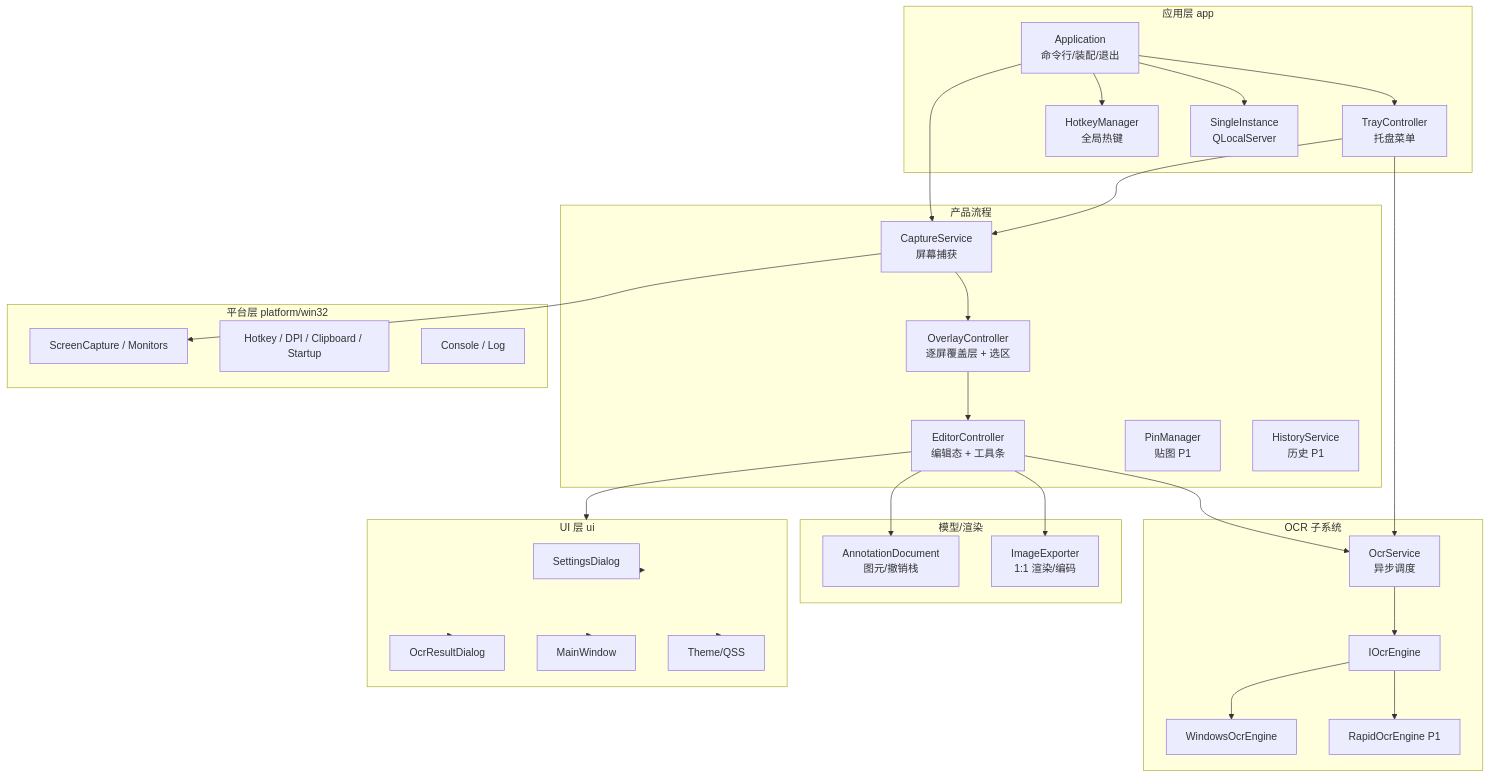
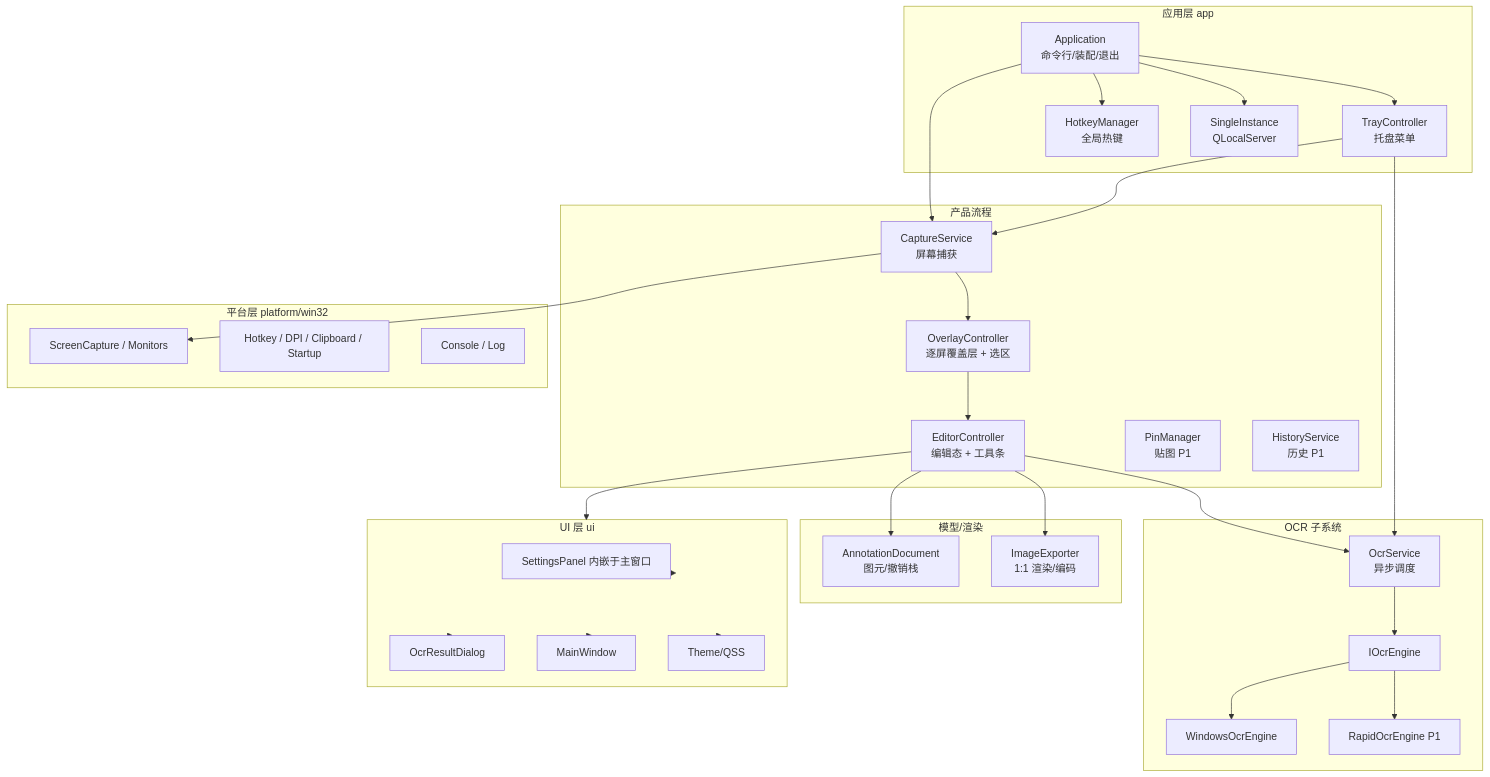
Before and after one commit to poluce/SnapOCR: the first of 2 diagrams in docs/02-设计文档.md, drawn with Mermaid. The commit also changed other lines of this file and 14 other files, not shown here.

````diff
--- a/docs/02-设计文档.md
+++ b/docs/02-设计文档.md
@@ -43,51 +43,51 @@
 ```mermaid
 graph TB
     subgraph App[应用层 app]
         A[Application<br/>命令行/装配/退出]
         T[TrayController<br/>托盘菜单]
         H[HotkeyManager<br/>全局热键]
         SI[SingleInstance<br/>QLocalServer]
     end
     subgraph Product[产品流程]
         C[CaptureService<br/>屏幕捕获]
         O[OverlayController<br/>逐屏覆盖层 + 选区]
         E[EditorController<br/>编辑态 + 工具条]
         P[PinManager<br/>贴图 P1]
         HIS[HistoryService<br/>历史 P1]
     end
     subgraph Model[模型/渲染]
         AN[AnnotationDocument<br/>图元/撤销栈]
         IMG[ImageExporter<br/>1:1 渲染/编码]
     end
     subgraph OCR[OCR 子系统]
         OS[OcrService<br/>异步调度]
         IE[IOcrEngine]
         WIN[WindowsOcrEngine]
         RAP[RapidOcrEngine P1]
     end
     subgraph Platform[平台层 platform/win32]
         W1[ScreenCapture / Monitors]
         W2[Hotkey / DPI / Clipboard / Startup]
         W3[Console / Log]
     end
     subgraph UI[UI 层 ui]
-        SET[SettingsDialog]
+        SET[SettingsPanel 内嵌于主窗口]
         RES[OcrResultDialog]
         MAIN[MainWindow]
         THEME[Theme/QSS]
     end
 
     A --> T & H & SI & C
     C --> W1
     C --> O
     O --> E
     E --> AN
     E --> IMG
     E --> OS
     OS --> IE
     IE --> WIN
     IE --> RAP
     E --> UI
     T --> C & OS
     UI --> SET & RES & MAIN & THEME
 ```
````
